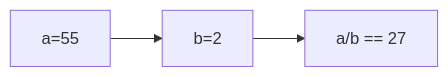
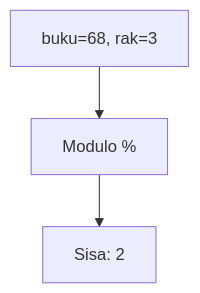
Before and after one commit to amnahwaida/OSNK_INF_PREP: the sixth of 25 diagrams in part-c-pemahaman-cpp/01-tipe-data/latihan/set-07.md, drawn with Mermaid. The commit also changed other lines of this file and 71 other files, not shown here.

````diff
--- a/part-c-pemahaman-cpp/01-tipe-data/latihan/set-07.md
+++ b/part-c-pemahaman-cpp/01-tipe-data/latihan/set-07.md
@@ -157,5 +166,5 @@
 ```mermaid
-graph LR
-A["a=55"] --> B["b=2"]
-B --> C["a/b == 27"]
+graph TD
+A["buku=68, rak=3"] --> B["Modulo %"]
+B --> C["Sisa: 2"]
 ```
````
